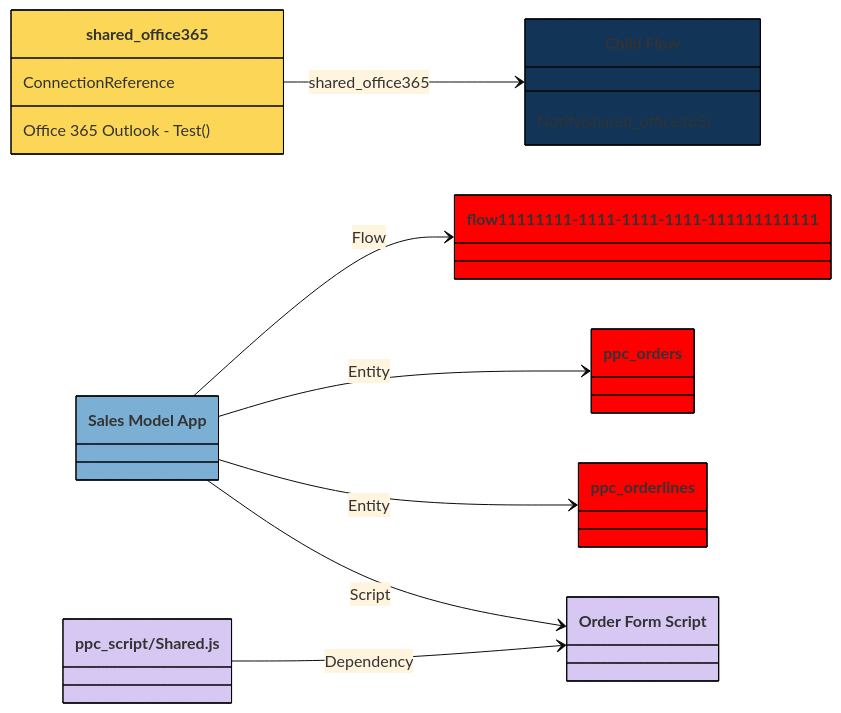
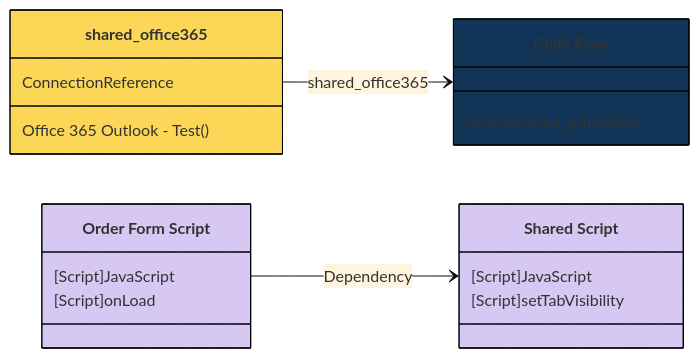
One commit to autosysops/PowerShell_PowerPlatformChecker changed the diagram in tests/fixtures/expected/ArchitectureDiagram.Flow.StyleOverride.expected.md. Above: the diagram before and after it, drawn with Mermaid (base theme). The commit also changed 90 other files, not shown here.

Commit message:
Added better tests with more edge cases, added more information about web resources, made sure the dependencies are correctly done, refactored the architecture diagram it can now output in multiple formats.

```diff
--- a/tests/fixtures/expected/ArchitectureDiagram.Flow.StyleOverride.expected.md
+++ b/tests/fixtures/expected/ArchitectureDiagram.Flow.StyleOverride.expected.md
@@ -1,29 +1,30 @@
 :::mermaid
 classDiagram
 direction LR
 class flow22222222-2222-2222-2222-222222222222["Child Flow"]:::Flow {
     Notify(shared_office365)
 }
 class shared_office365:::Connection {
   ConnectionReference
   Office 365 Outlook - Test()
 }
-class ppc_ModelApp["Sales Model App"]:::ModelDrivenApp
-class ppc_script_OrderForm_js["Order Form Script"]:::WebResource
-class ppc_script_Shared_js["ppc_script/Shared.js"]:::WebResource
+class ppc_script_OrderForm_js["Order Form Script"]:::WebResource {
+  [Script]JavaScript
+  [Script]onLoad
+}
+class ppc_script_Shared_js["Shared Script"]:::WebResource {
+  [Script]JavaScript
+  [Script]setTabVisibility
+}
 shared_office365 --> flow22222222-2222-2222-2222-222222222222:shared_office365
-ppc_ModelApp --> flow11111111-1111-1111-1111-111111111111:Flow
-ppc_ModelApp --> ppc_orders:Entity
-ppc_ModelApp --> ppc_orderlines:Entity
-ppc_ModelApp --> ppc_script_OrderForm_js:Script
-ppc_script_Shared_js --> ppc_script_OrderForm_js:Dependency
+ppc_script_OrderForm_js --> ppc_script_Shared_js:Dependency
 classDef default fill:red,stroke:#010203
 classDef EnvVar fill:#DF9A57,stroke:#010203
 classDef Connection fill:#FCD757,stroke:#010203
 classDef Entity fill:#B56784,stroke:#010203
 classDef DefaultEntity fill:#71374D,stroke:#010203
 classDef Flow fill:#123456,stroke:#010203
 classDef CanvasApp fill:#8BC34A,stroke:#010203
 classDef ModelDrivenApp fill:#7BAFD4,stroke:#010203
 classDef WebResource fill:#D7C8F3,stroke:#010203
 :::
```
